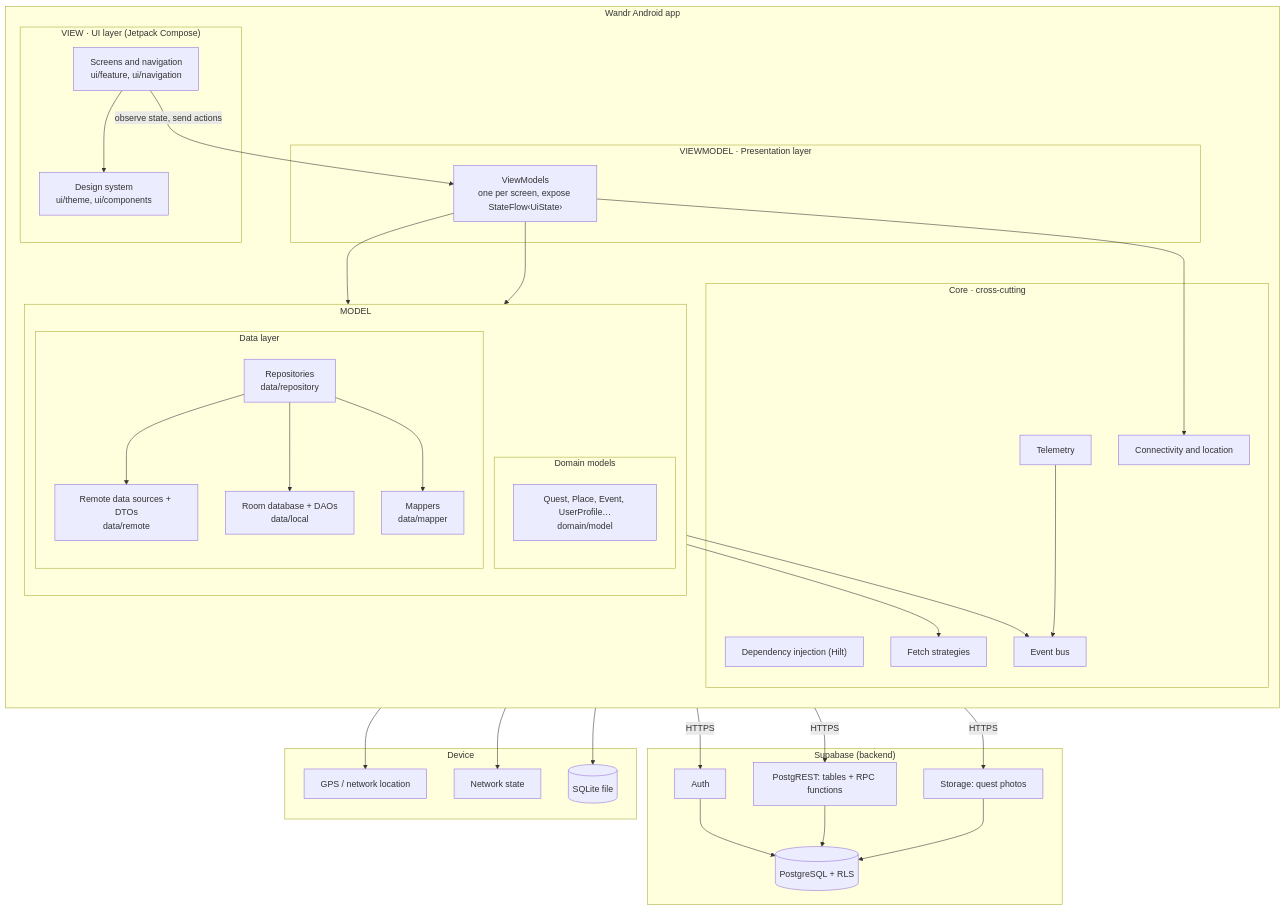
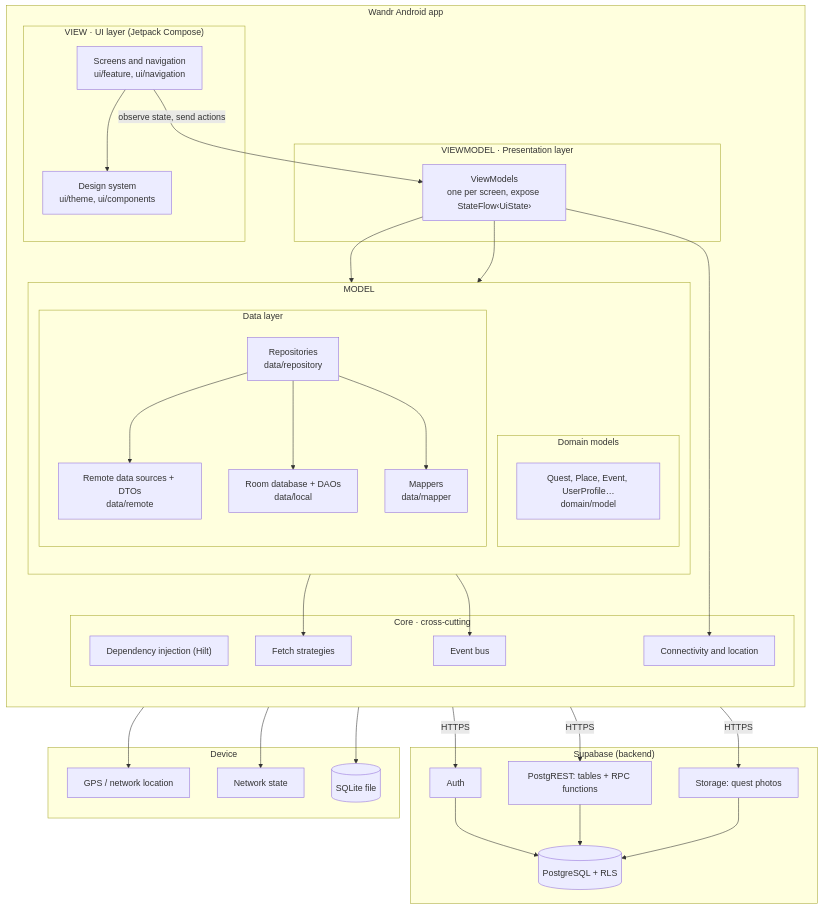
One commit to jdgutierrezr/wandr-android changed the first of 7 diagrams in docs/ARCHITECTURE.md. Above: the diagram before and after it, drawn with Mermaid. The commit also changed other lines of this file and 3 other files, not shown here.

````diff
--- a/docs/ARCHITECTURE.md
+++ b/docs/ARCHITECTURE.md
@@ -9,65 +9,63 @@
 ```mermaid
 flowchart TB
     subgraph APP["Wandr Android app"]
         direction TB
         subgraph UI["VIEW · UI layer (Jetpack Compose)"]
             Screens["Screens and navigation<br/>ui/feature, ui/navigation"]
             DS["Design system<br/>ui/theme, ui/components"]
         end
 
         subgraph PRES["VIEWMODEL · Presentation layer"]
             VM["ViewModels<br/>one per screen, expose StateFlow‹UiState›"]
         end
 
         subgraph MODEL["MODEL"]
             direction TB
             subgraph DOMAIN["Domain models"]
                 Models["Quest, Place, Event, UserProfile…<br/>domain/model"]
             end
 
             subgraph DATA["Data layer"]
                 Repos["Repositories<br/>data/repository"]
                 Remote["Remote data sources + DTOs<br/>data/remote"]
                 Local["Room database + DAOs<br/>data/local"]
                 Mappers["Mappers<br/>data/mapper"]
             end
         end
 
         subgraph CORE["Core · cross-cutting"]
             DI["Dependency injection (Hilt)"]
             Bus["Event bus"]
             Strategy["Fetch strategies"]
-            Telemetry["Telemetry"]
             Device["Connectivity and location"]
         end
     end
 
     subgraph SB["Supabase (backend)"]
         Auth["Auth"]
         API["PostgREST: tables + RPC functions"]
         Storage["Storage: quest photos"]
         DB[("PostgreSQL + RLS")]
     end
 
     subgraph PHONE["Device"]
         GPS["GPS / network location"]
         Net["Network state"]
         SQLite[("SQLite file")]
     end
 
     Screens --> DS
     Screens -->|"observe state, send actions"| VM
     VM --> Repos
     VM --> Models
     Repos --> Remote
     Repos --> Local
     Repos --> Mappers
     Repos --> Strategy
     Repos --> Bus
-    Telemetry --> Bus
     Remote -->|"HTTPS"| Auth & API & Storage
     Auth & API & Storage --> DB
     Local --> SQLite
     Device --> GPS & Net
     VM --> Device
 ```
````
